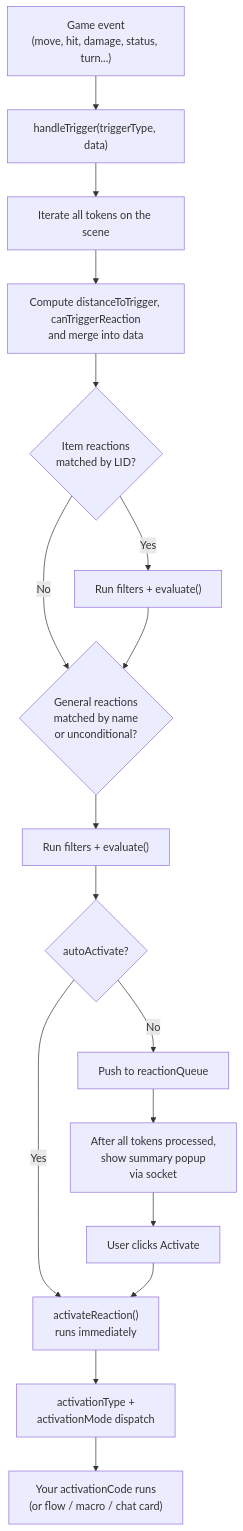
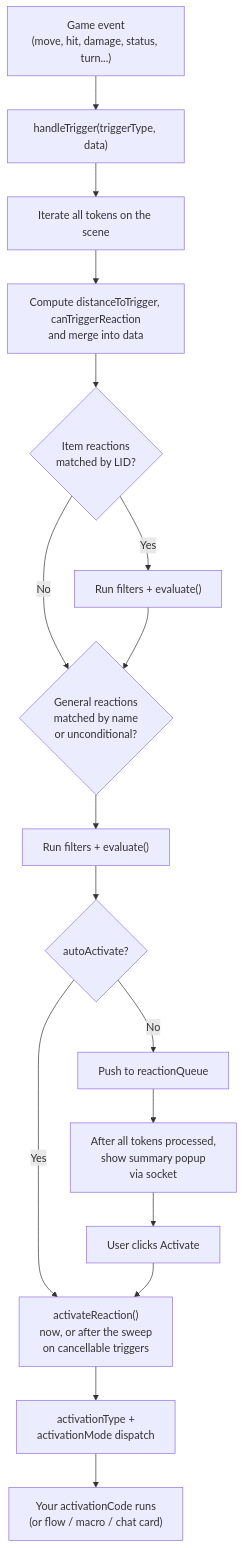
One commit to Agraael/lancer-automations changed the diagram in doc/AUTOMATION_SYSTEM.md. Above: the diagram before and after it, drawn with Mermaid. The commit also changed other lines of this file and 146 other files, not shown here.

````diff
--- a/doc/AUTOMATION_SYSTEM.md
+++ b/doc/AUTOMATION_SYSTEM.md
@@ -70,19 +83,19 @@
 ```mermaid
 flowchart TD
     A["Game event<br/>(move, hit, damage, status, turn...)"] --> B["handleTrigger(triggerType, data)"]
     B --> C["Iterate all tokens on the scene"]
     C --> D["Compute distanceToTrigger, canTriggerReaction<br/>and merge into data"]
     D --> E{"Item reactions<br/>matched by LID?"}
     E -- No --> G
     E -- Yes --> F["Run filters + evaluate()"]
     F --> G{"General reactions<br/>matched by name<br/>or unconditional?"}
     G --> H["Run filters + evaluate()"]
     H --> I{"autoActivate?"}
-    I -- Yes --> J["activateReaction()<br/>runs immediately"]
+    I -- Yes --> J["activateReaction()<br/>now, or after the sweep<br/>on cancellable triggers"]
     I -- No --> K["Push to reactionQueue"]
     K --> L["After all tokens processed,<br/>show summary popup<br/>via socket"]
     L --> M["User clicks Activate"]
     M --> J
     J --> N["activationType +<br/>activationMode dispatch"]
     N --> O["Your activationCode runs<br/>(or flow / macro / chat card)"]
 ```
````
